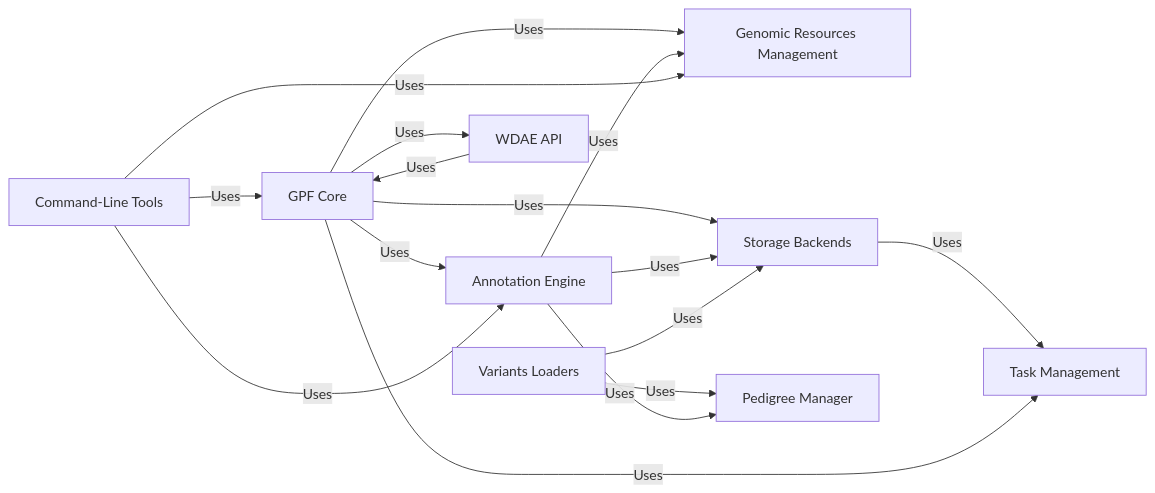
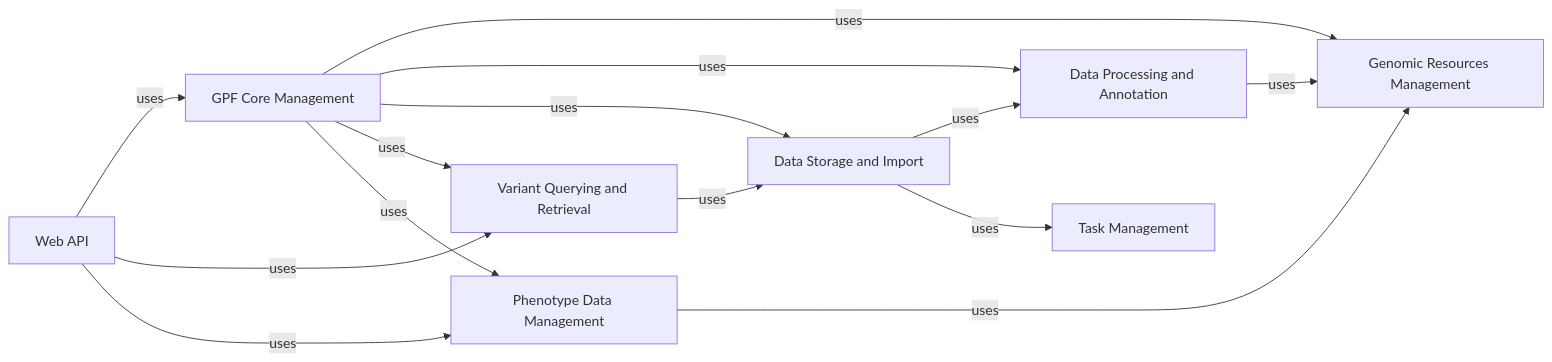
One commit to CodeBoarding/GeneratedOnBoardings changed the diagram in gpf/on_boarding.md. Above: the diagram before and after it, drawn with Mermaid. The commit also changed other lines of this file and 15 other files, not shown here.

````diff
--- a/gpf/on_boarding.md
+++ b/gpf/on_boarding.md
@@ -1,36 +1,32 @@
 ```mermaid
 graph LR
-    GPF_Core["GPF Core"]
+    GPF_Core_Management["GPF Core Management"]
     Genomic_Resources_Management["Genomic Resources Management"]
-    Annotation_Engine["Annotation Engine"]
-    Storage_Backends["Storage Backends"]
-    Variants_Loaders["Variants Loaders"]
-    Pedigree_Manager["Pedigree Manager"]
-    WDAE_API["WDAE API"]
+    Data_Processing_and_Annotation["Data Processing and Annotation"]
+    Data_Storage_and_Import["Data Storage and Import"]
+    Variant_Querying_and_Retrieval["Variant Querying and Retrieval"]
+    Web_API["Web API"]
+    Phenotype_Data_Management["Phenotype Data Management"]
     Task_Management["Task Management"]
-    Command_Line_Tools["Command-Line Tools"]
-    GPF_Core -- "Uses" --> Genomic_Resources_Management
-    GPF_Core -- "Uses" --> Annotation_Engine
-    GPF_Core -- "Uses" --> Storage_Backends
-    Annotation_Engine -- "Uses" --> Genomic_Resources_Management
-    Annotation_Engine -- "Uses" --> Storage_Backends
-    Storage_Backends -- "Uses" --> Task_Management
-    Variants_Loaders -- "Uses" --> Pedigree_Manager
-    WDAE_API -- "Uses" --> GPF_Core
-    Command_Line_Tools -- "Uses" --> GPF_Core
-    Command_Line_Tools -- "Uses" --> Annotation_Engine
-    Command_Line_Tools -- "Uses" --> Genomic_Resources_Management
-    GPF_Core -- "Uses" --> WDAE_API
-    Annotation_Engine -- "Uses" --> Pedigree_Manager
-    GPF_Core -- "Uses" --> Task_Management
-    Variants_Loaders -- "Uses" --> Storage_Backends
-    click GPF_Core href "https://github.com/CodeBoarding/GeneratedOnBoardings/blob/main/gpf/GPF Core.md" "Details"
+    GPF_Core_Management -- "uses" --> Genomic_Resources_Management
+    GPF_Core_Management -- "uses" --> Data_Processing_and_Annotation
+    GPF_Core_Management -- "uses" --> Data_Storage_and_Import
+    GPF_Core_Management -- "uses" --> Variant_Querying_and_Retrieval
+    GPF_Core_Management -- "uses" --> Phenotype_Data_Management
+    Data_Processing_and_Annotation -- "uses" --> Genomic_Resources_Management
+    Data_Storage_and_Import -- "uses" --> Data_Processing_and_Annotation
+    Variant_Querying_and_Retrieval -- "uses" --> Data_Storage_and_Import
+    Web_API -- "uses" --> GPF_Core_Management
+    Web_API -- "uses" --> Variant_Querying_and_Retrieval
+    Web_API -- "uses" --> Phenotype_Data_Management
+    Phenotype_Data_Management -- "uses" --> Genomic_Resources_Management
+    Data_Storage_and_Import -- "uses" --> Task_Management
+    click GPF_Core_Management href "https://github.com/CodeBoarding/GeneratedOnBoardings/blob/main/gpf/GPF Core Management.md" "Details"
     click Genomic_Resources_Management href "https://github.com/CodeBoarding/GeneratedOnBoardings/blob/main/gpf/Genomic Resources Management.md" "Details"
-    click Annotation_Engine href "https://github.com/CodeBoarding/GeneratedOnBoardings/blob/main/gpf/Annotation Engine.md" "Details"
-    click Storage_Backends href "https://github.com/CodeBoarding/GeneratedOnBoardings/blob/main/gpf/Storage Backends.md" "Details"
-    click Variants_Loaders href "https://github.com/CodeBoarding/GeneratedOnBoardings/blob/main/gpf/Variants Loaders.md" "Details"
-    click Pedigree_Manager href "https://github.com/CodeBoarding/GeneratedOnBoardings/blob/main/gpf/Pedigree Manager.md" "Details"
-    click WDAE_API href "https://github.com/CodeBoarding/GeneratedOnBoardings/blob/main/gpf/WDAE API.md" "Details"
+    click Data_Processing_and_Annotation href "https://github.com/CodeBoarding/GeneratedOnBoardings/blob/main/gpf/Data Processing and Annotation.md" "Details"
+    click Data_Storage_and_Import href "https://github.com/CodeBoarding/GeneratedOnBoardings/blob/main/gpf/Data Storage and Import.md" "Details"
+    click Variant_Querying_and_Retrieval href "https://github.com/CodeBoarding/GeneratedOnBoardings/blob/main/gpf/Variant Querying and Retrieval.md" "Details"
+    click Web_API href "https://github.com/CodeBoarding/GeneratedOnBoardings/blob/main/gpf/Web API.md" "Details"
+    click Phenotype_Data_Management href "https://github.com/CodeBoarding/GeneratedOnBoardings/blob/main/gpf/Phenotype Data Management.md" "Details"
     click Task_Management href "https://github.com/CodeBoarding/GeneratedOnBoardings/blob/main/gpf/Task Management.md" "Details"
-    click Command_Line_Tools href "https://github.com/CodeBoarding/GeneratedOnBoardings/blob/main/gpf/Command-Line Tools.md" "Details"
 ```
````
